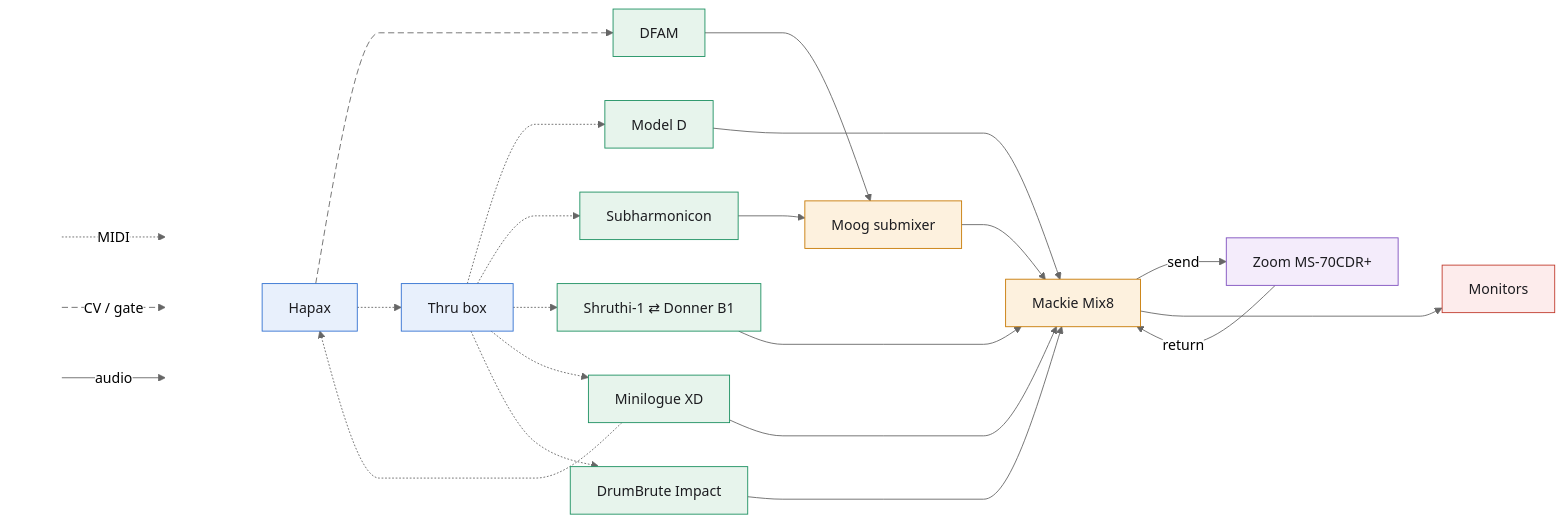
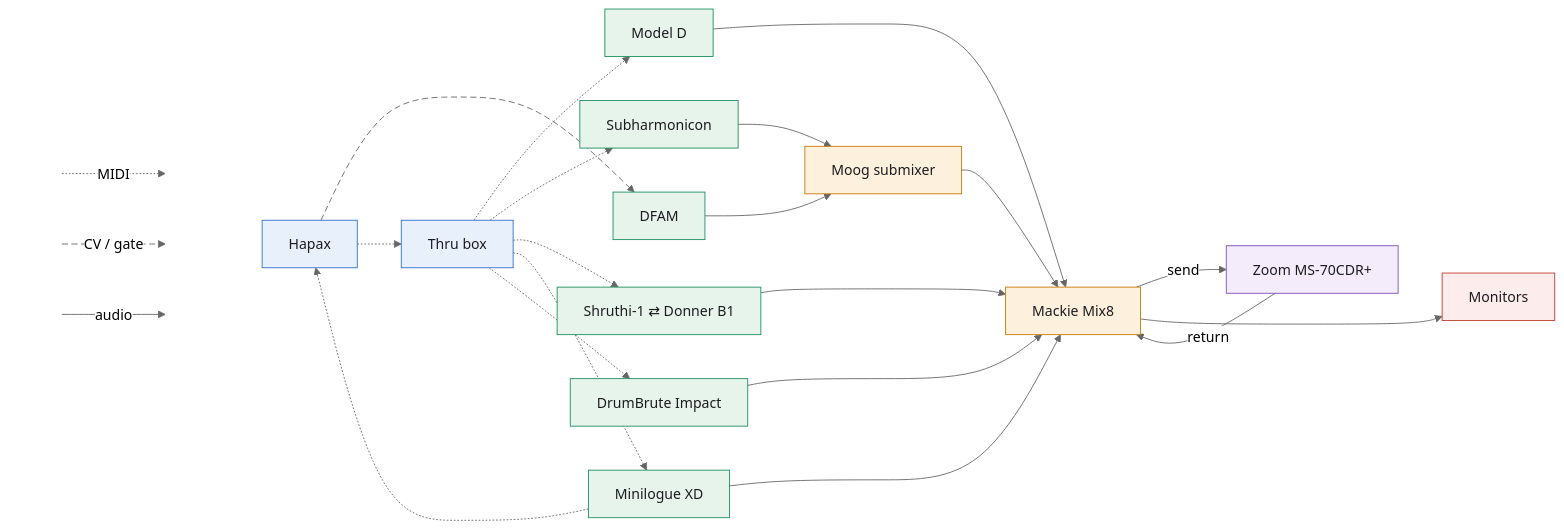
One commit to saponace/synth-setup changed the diagram in README.md. Above: the diagram before and after it, drawn with Mermaid.

Commit message:
reorder instruments in diagram

```diff
--- a/README.md
+++ b/README.md
@@ -3,7 +3,7 @@
 config:
   theme: neutral
   flowchart:
-    curve: monotoneX
+    curve: basis
 ---
 flowchart LR
     %% box color = kind of gear, line style = kind of signal
@@ -27,9 +27,9 @@
     THRU["Thru box"]
     MODELD["Model D"]
     SUBH["Subharmonicon"]
+    DFAM["DFAM"]
     SWAP["Shruthi-1 ⇄ Donner B1"]
     XD["Minilogue XD"]
-    DFAM["DFAM"]
     DBI["DrumBrute Impact"]
     ZOOM["Zoom MS-70CDR+"]
     SUBMIX["Moog submixer"]
@@ -49,27 +49,34 @@
     XD -.-> HAPAX
 
     %% ----- audio -----
-    %% (~~~ keeps the voices in one column despite the Subharmonicon
-    %% and DFAM reaching the mixer through the submixer, and keeps the
-    %% monitors out of the Zoom's column)
-    MODELD ~~~ SUBMIX
-    SWAP ~~~ SUBMIX
-    XD ~~~ SUBMIX
-    DBI ~~~ SUBMIX
-    ZOOM ~~~ MON
-    MIX -- "send" --> ZOOM
-    ZOOM -- "return" --> MIX
+    MODELD --> MIX
     SUBH --> SUBMIX
     DFAM --> SUBMIX
-    SUBMIX --> MIX
-    MODELD --> MIX
     SWAP --> MIX
     XD --> MIX
     DBI --> MIX
+    SUBMIX --> MIX
+    MIX -- "send" --> ZOOM
+    ZOOM -- "return" --> MIX
     MIX --> MON
 
+    %% ----- carry no signal, they only steer the layout -----
+    %% RAIL is an invisible stand-in for the submixer: it holds the voices
+    %% that bypass the submixer in one column with the rest, without the
+    %% submixer itself being dragged down to the middle of all six of them
+    RAIL[" "]:::pin
+    MODELD ~~~ RAIL
+    SWAP ~~~ RAIL
+    XD ~~~ RAIL
+    DBI ~~~ RAIL
+    RAIL ~~~ MIX
+    %% DFAM among the voices instead of pushed to an end of the column,
+    %% monitors out of the Zoom's column
+    THRU ~~~ DFAM
+    ZOOM ~~~ MON
+
     class HAPAX,THRU seq
-    class MODELD,SUBH,SWAP,XD,DFAM,DBI voice
+    class MODELD,SUBH,DFAM,SWAP,XD,DBI voice
     class SUBMIX,MIX mix
     class ZOOM fx
     class MON mon
```
